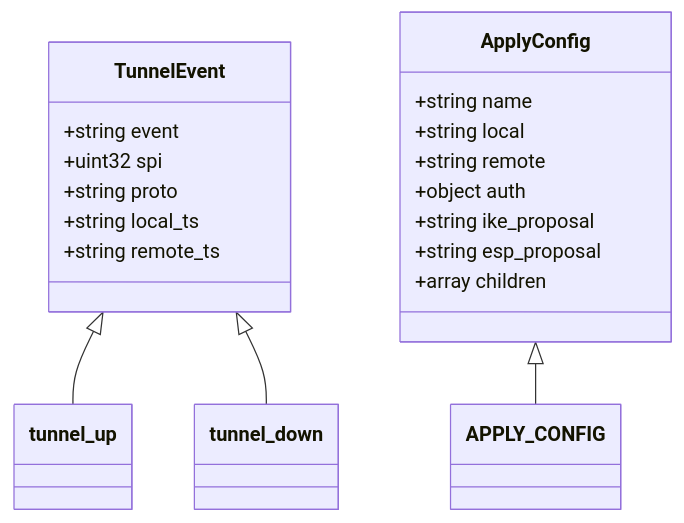
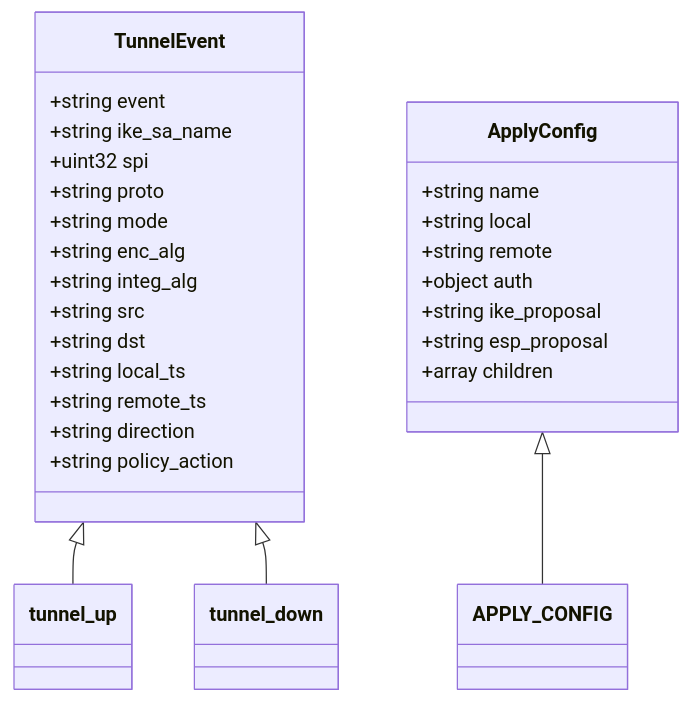
The third of 3 diagrams in src/libcharon/plugins/extsock/Design.md (JiHuDad/strongswan), drawn with Mermaid before and after one commit. The commit also changed other lines of this file and 2 other files, not shown here.

Commit message:
extsock: Add plugin design and documentation
- Add Design.md with mermaid diagrams (flowchart, sequence, class)
- Update README.md with detailed plugin usage and event format
- Add event notification functions in extsock_plugin.c
  - send_event_to_external(): Send JSON events via Unix socket
  - ts_to_string(): Convert traffic selector to string

````diff
--- a/src/libcharon/plugins/extsock/Design.md
+++ b/src/libcharon/plugins/extsock/Design.md
@@ -42,23 +42,31 @@
 ```mermaid
 %%{init: {'themeVariables': { 'width': '1000' }}}%%
 classDiagram
     class TunnelEvent {
         +string event
+        +string ike_sa_name
         +uint32 spi
         +string proto
+        +string mode
+        +string enc_alg
+        +string integ_alg
+        +string src
+        +string dst
         +string local_ts
         +string remote_ts
+        +string direction
+        +string policy_action
     }
     class ApplyConfig {
         +string name
         +string local
         +string remote
         +object auth
         +string ike_proposal
         +string esp_proposal
         +array children
     }
     TunnelEvent <|-- tunnel_up
     TunnelEvent <|-- tunnel_down
     ApplyConfig <|-- APPLY_CONFIG
 ```
````
